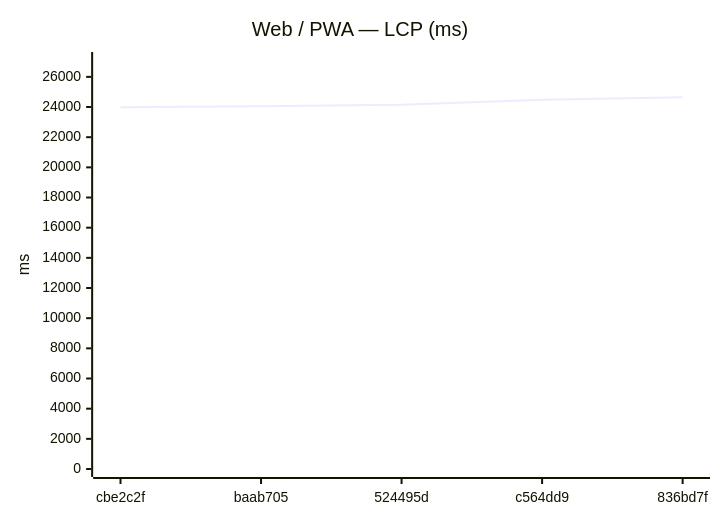
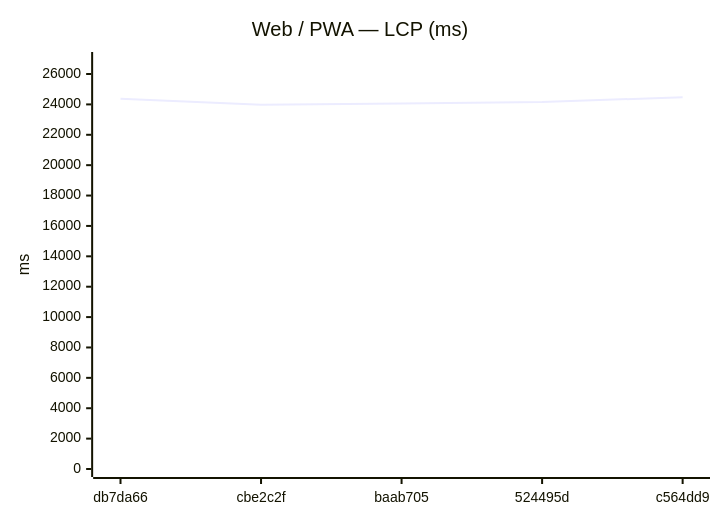
The fifth of 12 diagrams in benchmarks/compare.md (Metaheurist/Rianell), drawn with Mermaid before and after one commit. The commit also changed other lines of this file and 8 other files, not shown here.

````diff
--- a/benchmarks/compare.md
+++ b/benchmarks/compare.md
@@ -82,7 +82,7 @@
 ```mermaid
 xychart-beta
     title "Web / PWA — LCP (ms)"
-    x-axis ["cbe2c2f", "baab705", "524495d", "c564dd9", "836bd7f"]
-    y-axis "ms" 0 --> 27118
-    line [23980, 24058, 24158, 24475, 24652]
+    x-axis ["db7da66", "cbe2c2f", "baab705", "524495d", "c564dd9"]
+    y-axis "ms" 0 --> 26923
+    line [24380, 23980, 24058, 24158, 24475]
 ```
````
